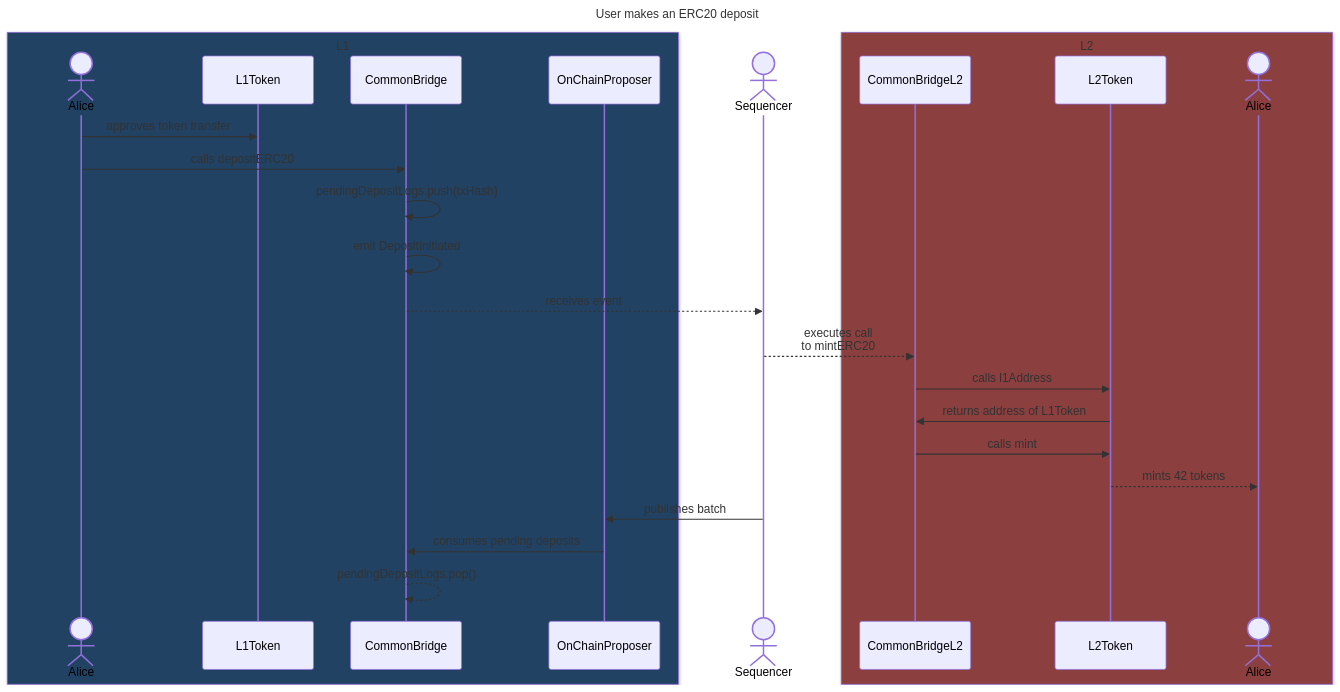
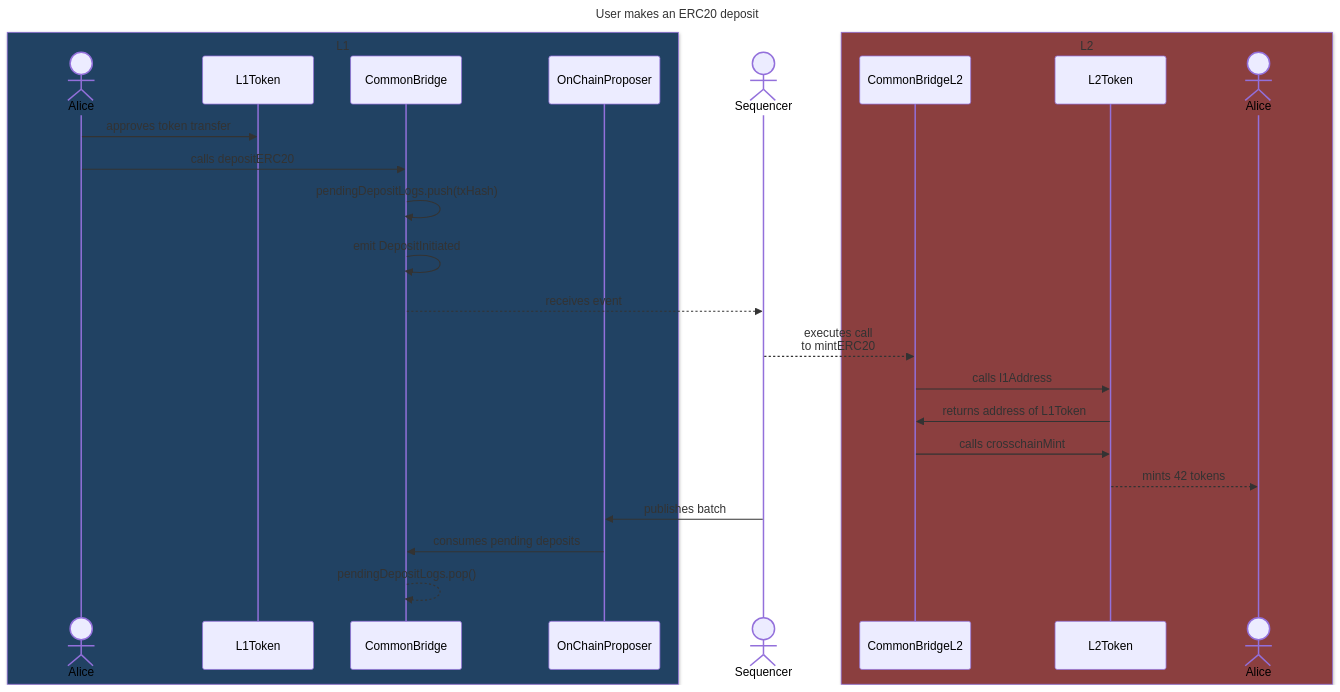
Before and after one commit to lambdaclass/ethrex: the second of 3 diagrams in docs/l2/deposits.md, drawn with Mermaid. The commit also changed other lines of this file and 1 other file, not shown here.

Commit message:
chore: update burn/mint names

````diff
--- a/docs/l2/deposits.md
+++ b/docs/l2/deposits.md
@@ -117,38 +117,38 @@
 ```mermaid
 ---
 title: User makes an ERC20 deposit
 ---
 sequenceDiagram
     box rgb(33,66,99) L1
         actor L1Alice as Alice
         participant L1Token
         participant CommonBridge
         participant OnChainProposer
     end
 
     actor Sequencer
 
     box rgb(139, 63, 63) L2
         participant CommonBridgeL2
         participant L2Token
         actor L2Alice as Alice
     end
 
     L1Alice->>L1Token: approves token transfer
     L1Alice->>CommonBridge: calls depositERC20
     CommonBridge->>CommonBridge: pendingDepositLogs.push(txHash)
     CommonBridge->>CommonBridge: emit DepositInitiated
 
     CommonBridge-->>Sequencer: receives event
     Sequencer-->>CommonBridgeL2: executes call <br>to mintERC20
 
     CommonBridgeL2->>L2Token: calls l1Address
     L2Token->>CommonBridgeL2: returns address of L1Token
 
-    CommonBridgeL2->>L2Token: calls mint
+    CommonBridgeL2->>L2Token: calls crosschainMint
     L2Token-->>L2Alice: mints 42 tokens
 
     Sequencer->>OnChainProposer: publishes batch
     OnChainProposer->>CommonBridge: consumes pending deposits
     CommonBridge-->>CommonBridge: pendingDepositLogs.pop()
 ```
````
